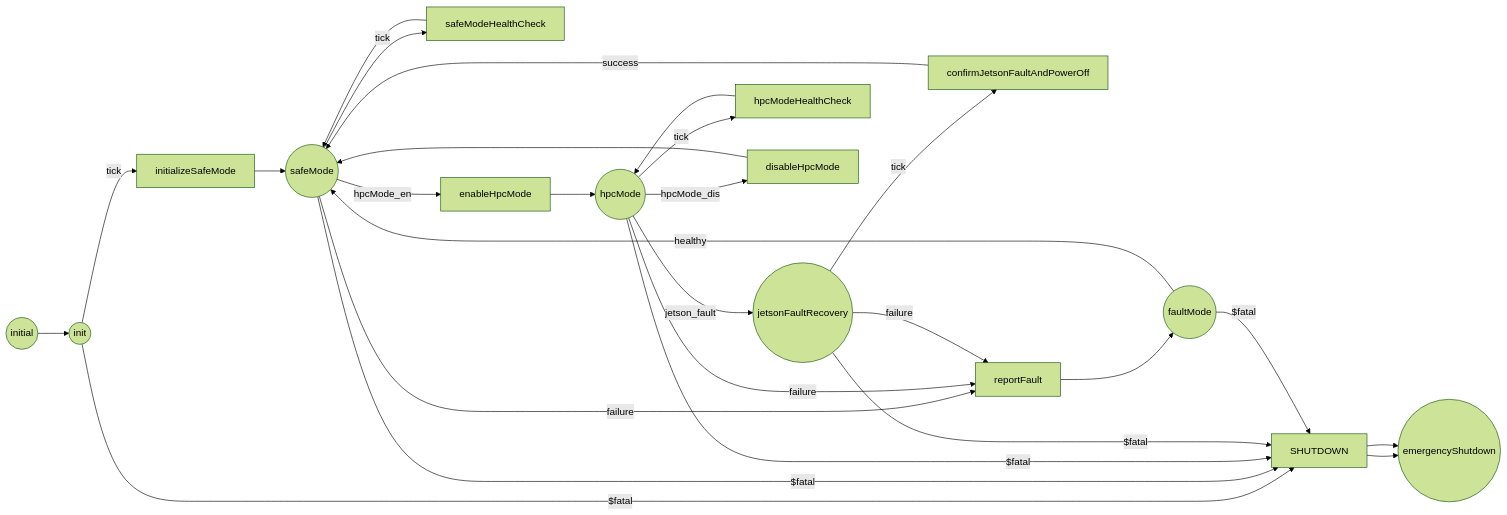
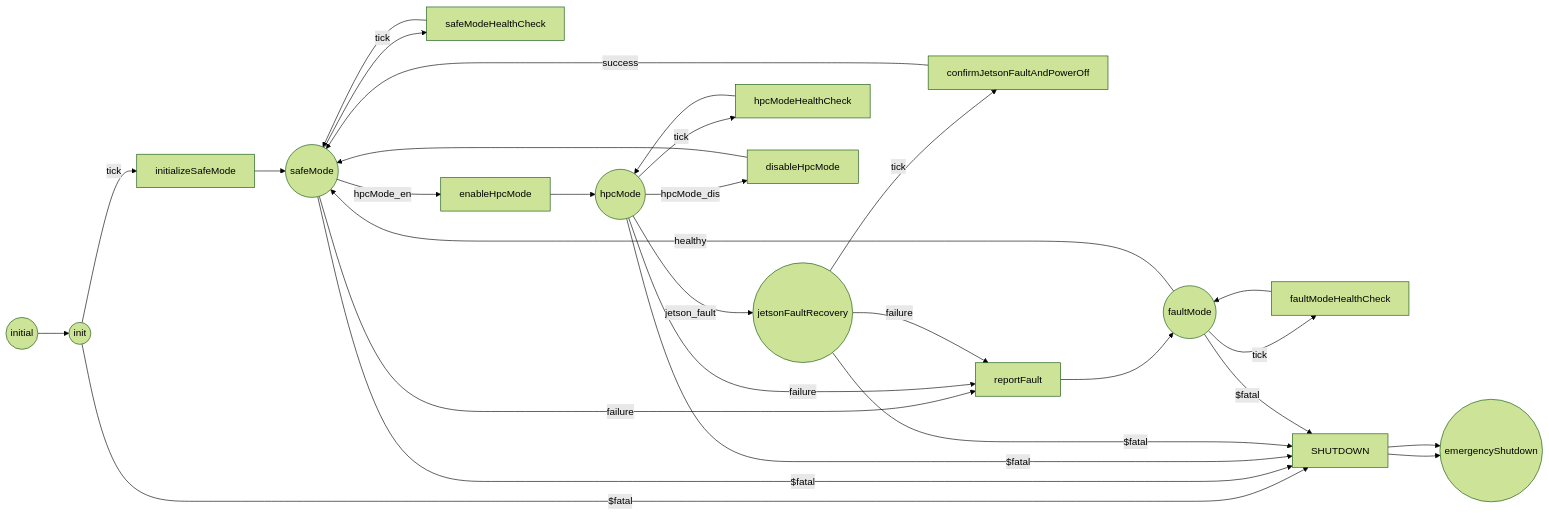
One commit to BroncoSpace-Lab/fprime-scales changed the first of 7 diagrams in scales/scalesSvc/FPManager/docs/sdd.md. Above: the diagram before and after it, drawn with Mermaid (forest theme). The commit also changed other lines of this file and 9 other files, not shown here.

````diff
--- a/scales/scalesSvc/FPManager/docs/sdd.md
+++ b/scales/scalesSvc/FPManager/docs/sdd.md
@@ -70,43 +96,45 @@
 ```mermaid
 flowchart LR
     start((initial))
     init((init))
     safe((safeMode))
     hpc((hpcMode))
     jetson((jetsonFaultRecovery))
     fault((faultMode))
     emergency((emergencyShutdown))
 
     initSafe[initializeSafeMode]
     safeCheck[safeModeHealthCheck]
     hpcCheck[hpcModeHealthCheck]
     enable[enableHpcMode]
     disable[disableHpcMode]
     confirm[confirmJetsonFaultAndPowerOff]
     report[reportFault]
+    faultCheck[faultModeHealthCheck]
     shutdown[SHUTDOWN]
 
     start --> init
     init -->|tick| initSafe --> safe
     init -->|"$fatal"| shutdown --> emergency
 
     safe -->|tick| safeCheck --> safe
     safe -->|hpcMode_en| enable --> hpc
     safe -->|failure| report --> fault
     safe -->|"$fatal"| shutdown
 
     hpc -->|tick| hpcCheck --> hpc
     hpc -->|hpcMode_dis| disable --> safe
     hpc -->|jetson_fault| jetson
     hpc -->|failure| report
     hpc -->|"$fatal"| shutdown
 
     jetson -->|tick| confirm -->|success| safe
     jetson -->|failure| report
     jetson -->|"$fatal"| shutdown
 
+    fault -->|tick| faultCheck --> fault
     fault -->|healthy| safe
     fault -->|"$fatal"| shutdown
 
     shutdown --> emergency
 ```
````
